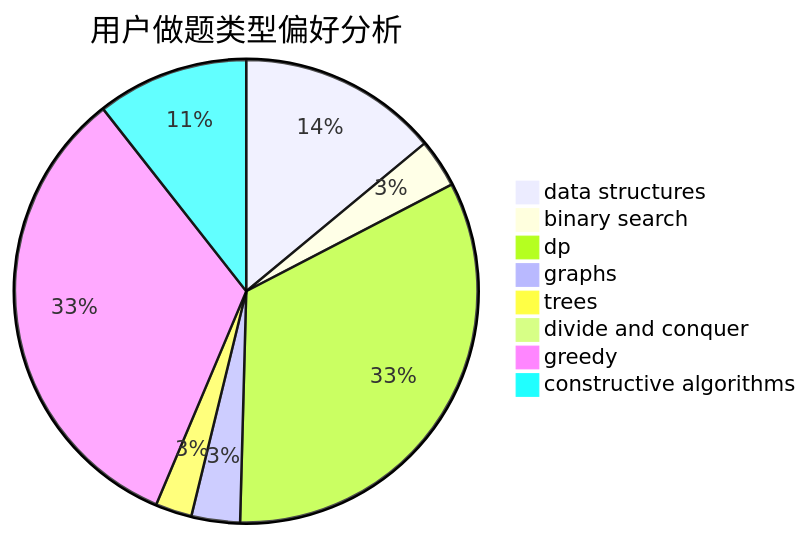
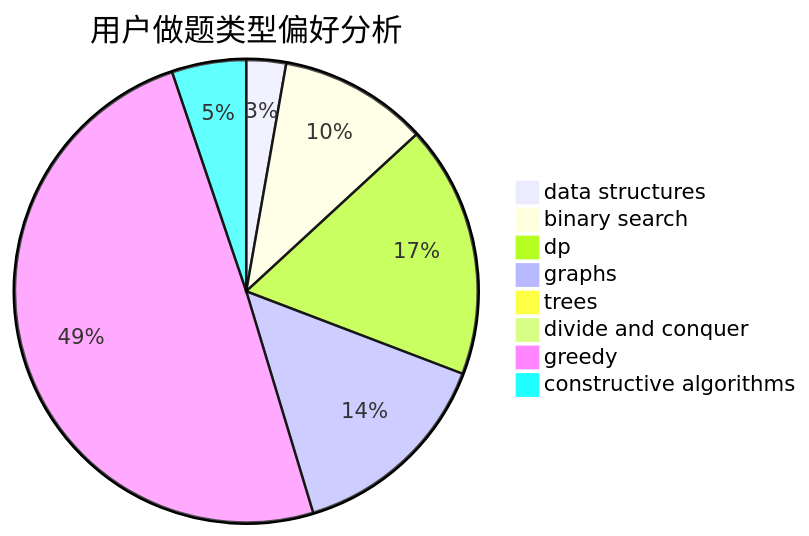
Before and after one commit to sherpahu/cfrs.github.io: the second of 3 diagrams in docs/user/u1707.md, drawn with Mermaid. The commit also changed other lines of this file and 2770 other files, not shown here.

````diff
--- a/docs/user/u1707.md
+++ b/docs/user/u1707.md
@@ -23,11 +23,11 @@
 ```mermaid
 pie title 用户做题类型偏好分析
-    "data structures" :  33
-    "binary search" :  8
-    "dp" :  78
-    "graphs" :  8
-    "trees" :  6
-    "divide and conquer" :  0
-    "greedy" :  78
-    "constructive algorithms" :  25
+    "data structures" :  8
+    "binary search" :  30
+    "dp" :  51
+    "graphs" :  42
+    "trees" :  2
+    "divide and conquer" :  1
+    "greedy" :  143
+    "constructive algorithms" :  15
 ```
````
